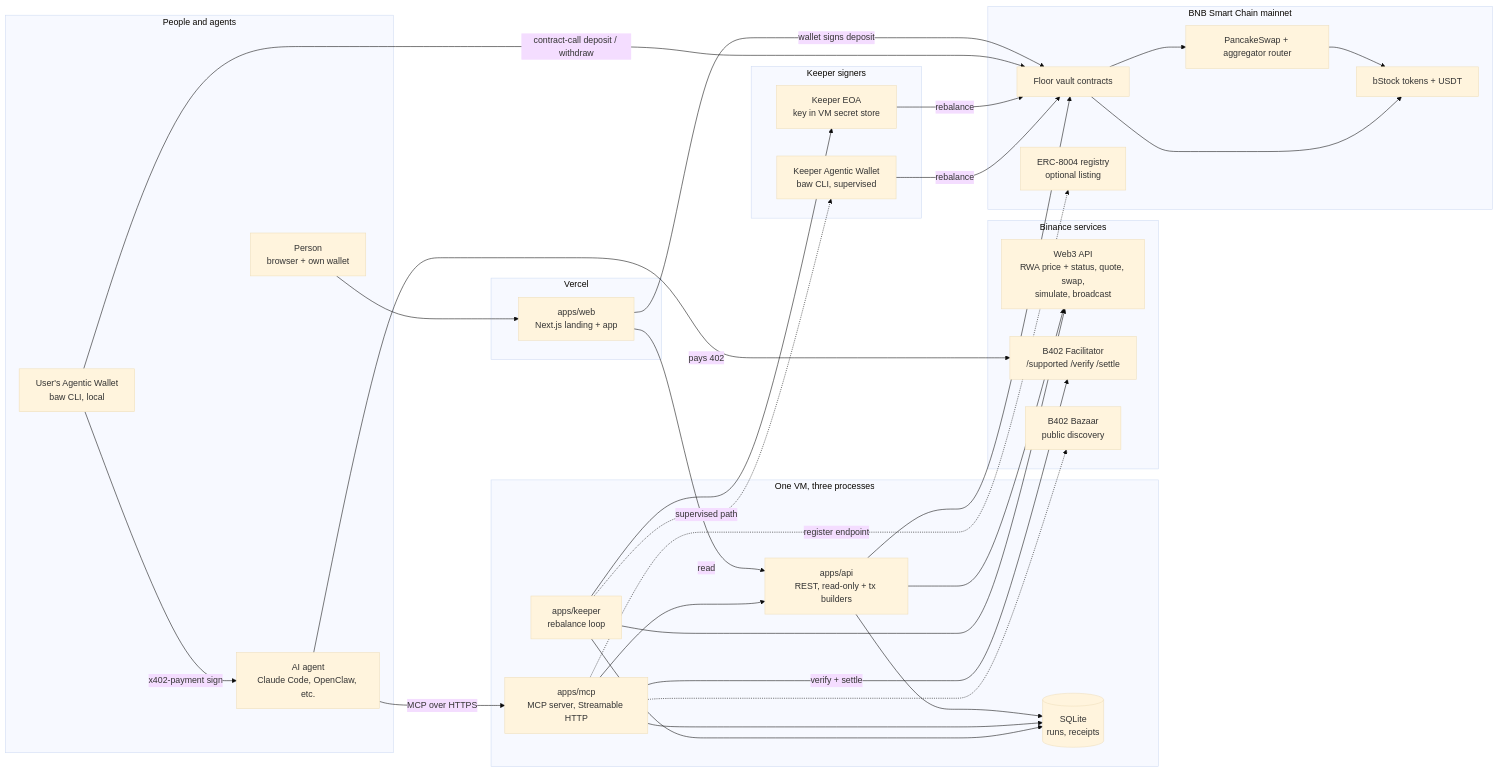
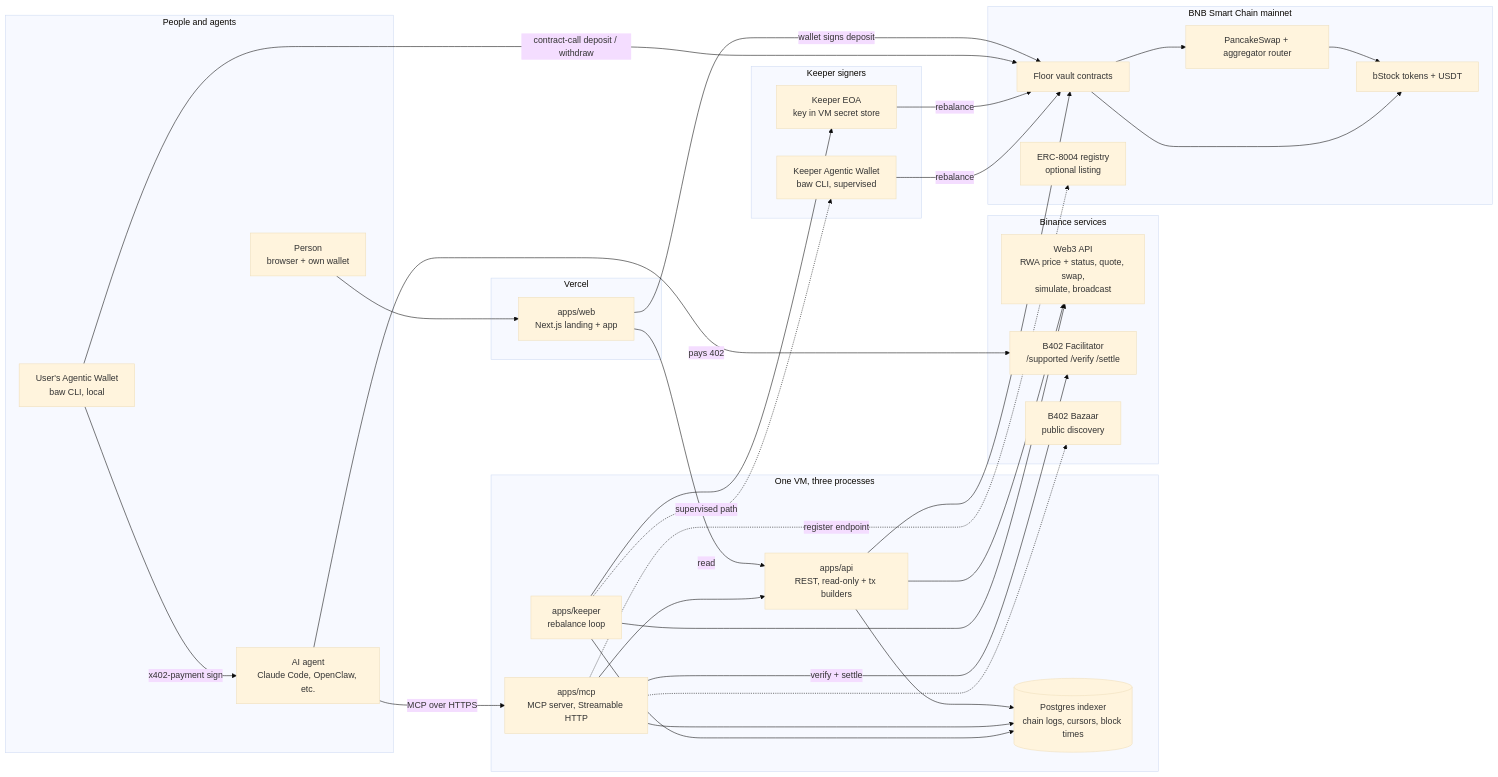
The first of 6 diagrams in docs/ARCHITECTURE.md (ayush18pop/floorbnb), drawn with Mermaid (base theme) before and after one commit. The commit also changed other lines of this file and 2 other files, not shown here.

Commit message:
docs: Postgres indexer in README, architecture and Render guide; risks section

````diff
--- a/docs/ARCHITECTURE.md
+++ b/docs/ARCHITECTURE.md
@@ -25,62 +25,62 @@
 ```mermaid
 flowchart LR
   subgraph Users["People and agents"]
     P["Person<br/>browser + own wallet"]
     A["AI agent<br/>Claude Code, OpenClaw, etc."]
     AW_U["User's Agentic Wallet<br/>baw CLI, local"]
   end
 
   subgraph Vercel["Vercel"]
     WEB["apps/web<br/>Next.js landing + app"]
   end
 
   subgraph VM["One VM, three processes"]
     API["apps/api<br/>REST, read-only + tx builders"]
     MCP["apps/mcp<br/>MCP server, Streamable HTTP"]
     KEEP["apps/keeper<br/>rebalance loop"]
-    DB[("SQLite<br/>runs, receipts")]
+    DB[("Postgres indexer<br/>chain logs, cursors, block times")]
   end
 
   subgraph Keys["Keeper signers"]
     EOA["Keeper EOA<br/>key in VM secret store"]
     AWK["Keeper Agentic Wallet<br/>baw CLI, supervised"]
   end
 
   subgraph Binance["Binance services"]
     B3["Web3 API<br/>RWA price + status, quote, swap,<br/>simulate, broadcast"]
     FAC["B402 Facilitator<br/>/supported /verify /settle"]
     BAZ["B402 Bazaar<br/>public discovery"]
   end
 
   subgraph BSC["BNB Smart Chain mainnet"]
     VAULT["Floor vault contracts"]
     PCS["PancakeSwap + aggregator router"]
     TOK["bStock tokens + USDT"]
     REG["ERC-8004 registry<br/>optional listing"]
   end
 
   P --> WEB
   WEB -->|"read"| API
   WEB -->|"wallet signs deposit"| VAULT
   A -->|"MCP over HTTPS"| MCP
   A -->|"pays 402"| FAC
   AW_U -->|"x402-payment sign"| A
   AW_U -->|"contract-call deposit / withdraw"| VAULT
   API --> B3
   API --> VAULT
   API --> DB
   MCP --> API
   MCP -->|"verify + settle"| FAC
   MCP --> DB
   KEEP --> B3
   KEEP --> DB
   KEEP --> EOA
   KEEP -.->|"supervised path"| AWK
   EOA -->|"rebalance"| VAULT
   AWK -->|"rebalance"| VAULT
   VAULT --> PCS
   PCS --> TOK
   VAULT --> TOK
   MCP -.->|"register endpoint"| REG
   MCP -.-> BAZ
 ```
````
